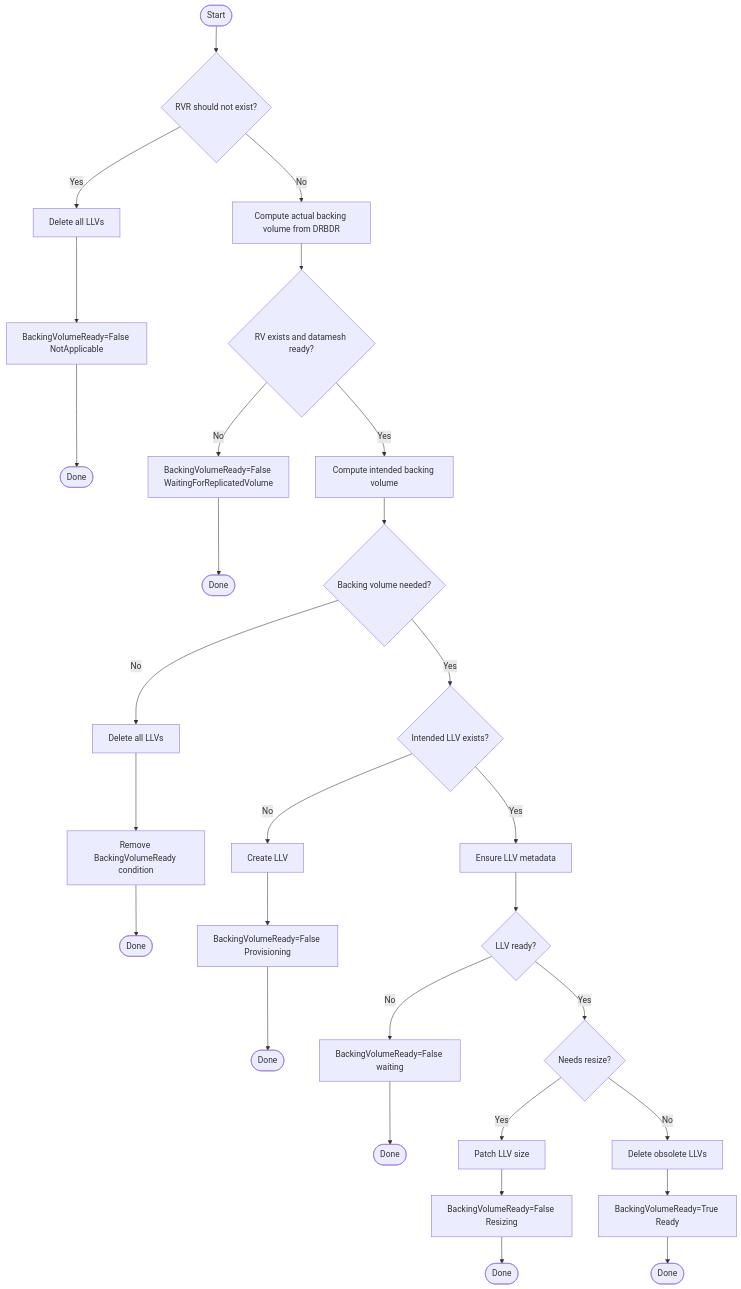
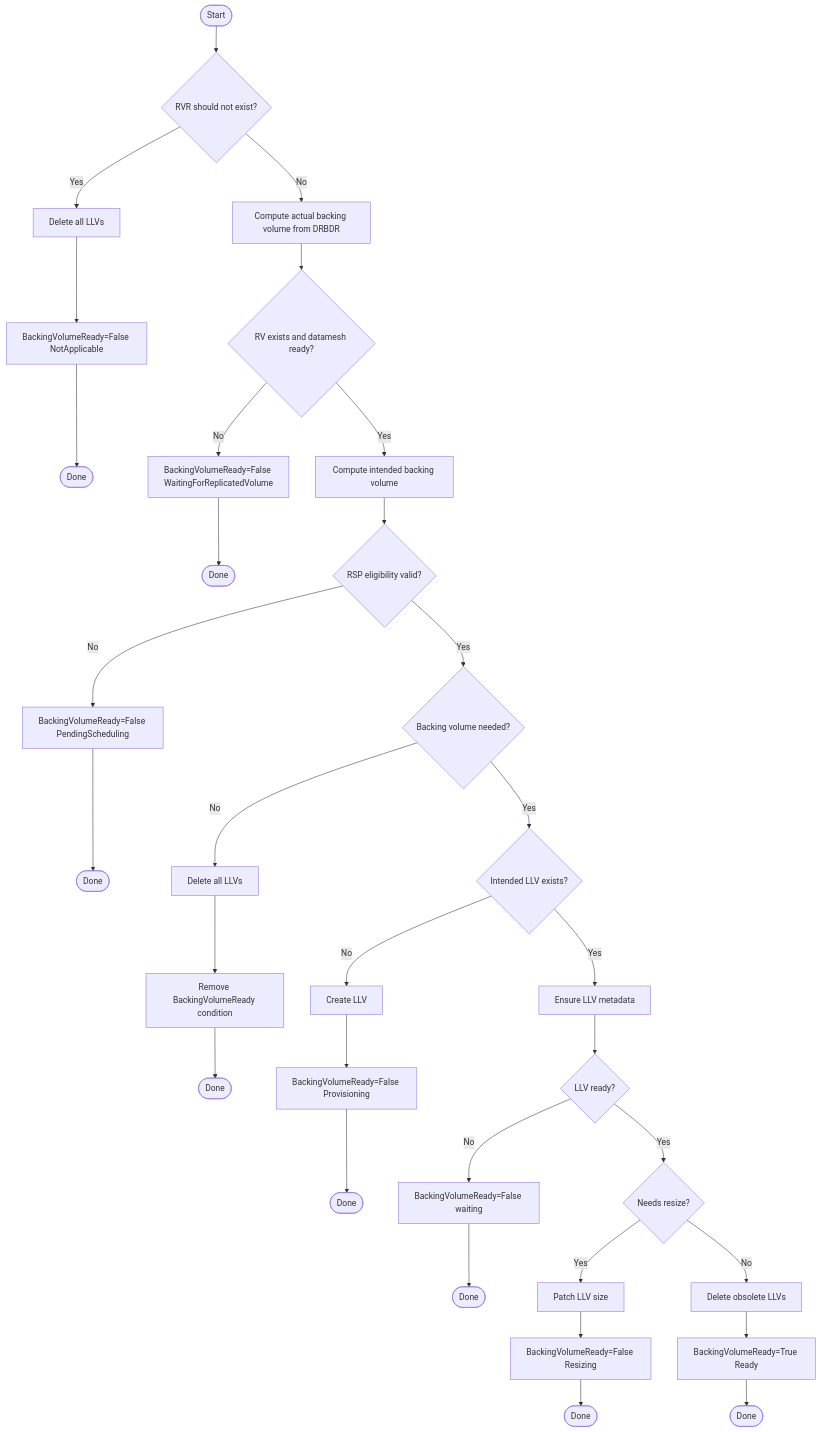
The third of 14 diagrams in images/controller/internal/controllers/rvr_controller/README.md (deckhouse/sds-replicated-volume), drawn with Mermaid before and after one commit. The commit also changed other lines of this file and 2 other files, not shown here.

First line of the commit message:
[controller/rvr] Validate RVR spec storage assignment against RSP eligibility

````diff
--- a/images/controller/internal/controllers/rvr_controller/README.md
+++ b/images/controller/internal/controllers/rvr_controller/README.md
@@ -522,37 +530,41 @@
 ```mermaid
 flowchart TD
     Start([Start]) --> CheckDelete{RVR should not exist?}
     CheckDelete -->|Yes| DeleteAll[Delete all LLVs]
     DeleteAll --> SetNA1[BackingVolumeReady=False NotApplicable]
     SetNA1 --> End1([Done])
 
     CheckDelete -->|No| ComputeActual[Compute actual backing volume from DRBDR]
     ComputeActual --> CheckRV{RV exists and datamesh ready?}
     CheckRV -->|No| WaitRV[BackingVolumeReady=False WaitingForReplicatedVolume]
     WaitRV --> End2([Done])
 
     CheckRV -->|Yes| ComputeIntended[Compute intended backing volume]
-    ComputeIntended --> CheckNeed{Backing volume needed?}
+    ComputeIntended --> CheckRSPElig{RSP eligibility valid?}
+    CheckRSPElig -->|No| SetPendingRSP[BackingVolumeReady=False PendingScheduling]
+    SetPendingRSP --> EndRSP([Done])
+
+    CheckRSPElig -->|Yes| CheckNeed{Backing volume needed?}
     CheckNeed -->|No| DeleteLLVs[Delete all LLVs]
     DeleteLLVs --> RemoveCond[Remove BackingVolumeReady condition]
     RemoveCond --> End3([Done])
 
     CheckNeed -->|Yes| CheckExists{Intended LLV exists?}
     CheckExists -->|No| Create[Create LLV]
     Create --> SetProv[BackingVolumeReady=False Provisioning]
     SetProv --> End4([Done])
 
     CheckExists -->|Yes| EnsureMeta[Ensure LLV metadata]
     EnsureMeta --> CheckReady{LLV ready?}
     CheckReady -->|No| SetWait[BackingVolumeReady=False waiting]
     SetWait --> End5([Done])
 
     CheckReady -->|Yes| CheckResize{Needs resize?}
     CheckResize -->|Yes| PatchSize[Patch LLV size]
     PatchSize --> SetResize[BackingVolumeReady=False Resizing]
     SetResize --> End6([Done])
 
     CheckResize -->|No| DeleteObs[Delete obsolete LLVs]
     DeleteObs --> SetReady[BackingVolumeReady=True Ready]
     SetReady --> End7([Done])
 ```
````
